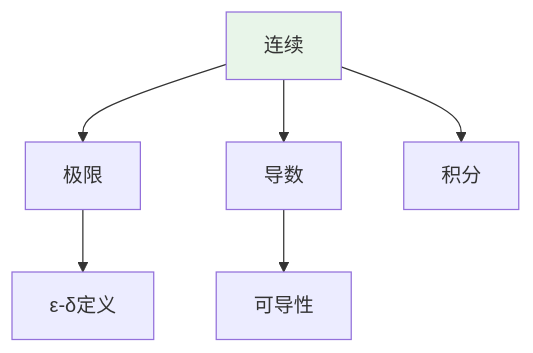
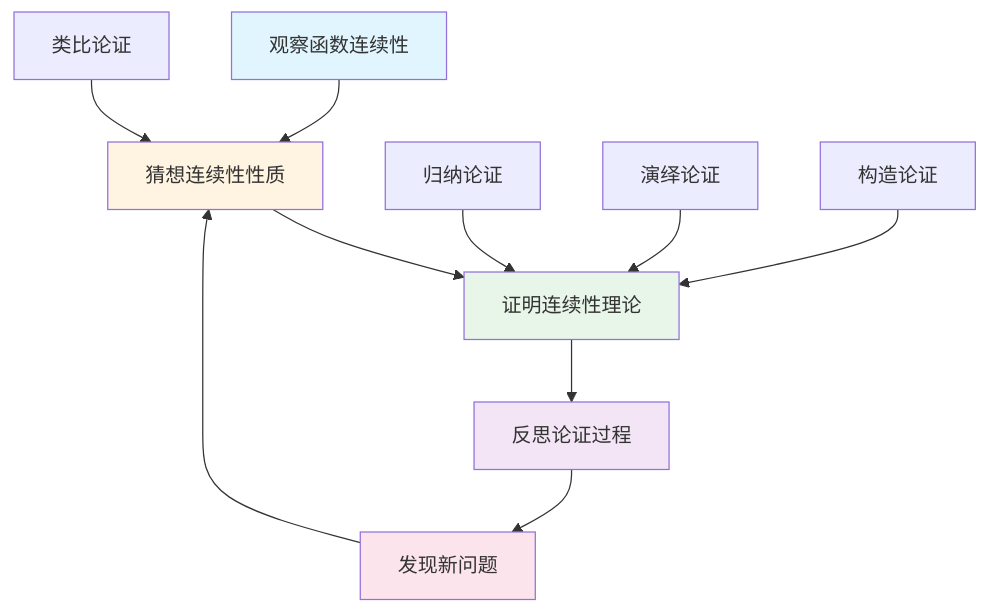
Before and after one commit to AdaMartin18010/FormalMath: the fifth of 10 diagrams in concept/核心概念/14-连续.md, drawn with Mermaid. The commit also changed other lines of this file and 4793 other files, not shown here.

````diff
--- a/concept/核心概念/14-连续.md
+++ b/concept/核心概念/14-连续.md
@@ -641,10 +1487,19 @@
 ```mermaid
 graph TD
-    A[连续] --> B[极限]
-    A --> C[导数]
-    A --> D[积分]
-    B --> E[ε-δ定义]
-    C --> F[可导性]
+    A[观察函数连续性] --> B[猜想连续性性质]
+    B --> C[证明连续性理论]
+    C --> D[反思论证过程]
+    D --> E[发现新问题]
+    E --> B
 
-    style A fill:#e8f5e9
+    F[归纳论证] --> C
+    G[演绎论证] --> C
+    H[类比论证] --> B
+    I[构造论证] --> C
+
+    style A fill:#e1f5ff
+    style B fill:#fff4e1
+    style C fill:#e8f5e9
+    style D fill:#f3e5f5
+    style E fill:#fce4ec
 ```
````
